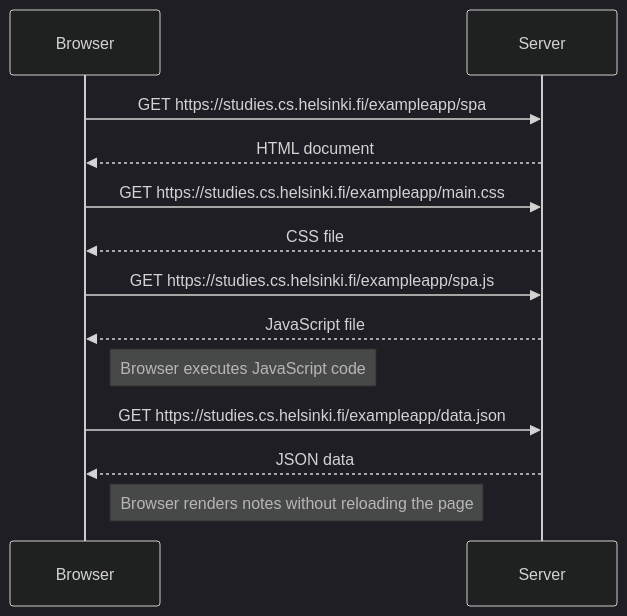
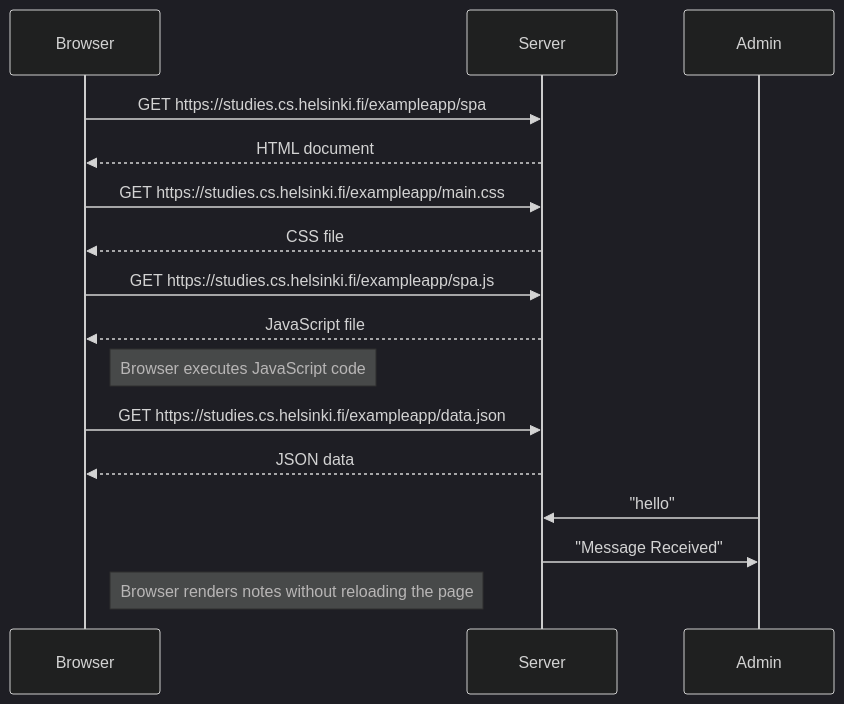
Before and after one commit to rounakvats84/fullstackopen: the diagram in part0/0.5.md, drawn with Mermaid (dark theme).

````diff
--- a/part0/0.5.md
+++ b/part0/0.5.md
@@ -1,21 +1,25 @@
 ```mermaid
 sequenceDiagram
     participant Browser
     participant Server
+    participant Admin
 
     Browser->>Server: GET https://studies.cs.helsinki.fi/exampleapp/spa
     Server-->>Browser: HTML document
 
     Browser->>Server: GET https://studies.cs.helsinki.fi/exampleapp/main.css
     Server-->>Browser: CSS file
 
     Browser->>Server: GET https://studies.cs.helsinki.fi/exampleapp/spa.js
     Server-->>Browser: JavaScript file
 
     Note right of Browser: Browser executes JavaScript code
 
     Browser->>Server: GET https://studies.cs.helsinki.fi/exampleapp/data.json
     Server-->>Browser: JSON data
 
+    Admin->>Server: "hello"
+    Server->>Admin: "Message Received"
+
     Note right of Browser: Browser renders notes without reloading the page
 ```
````
